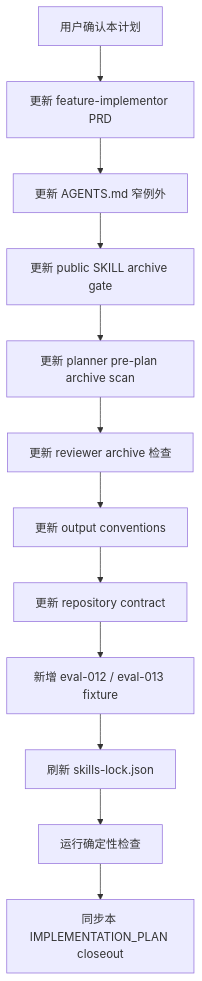
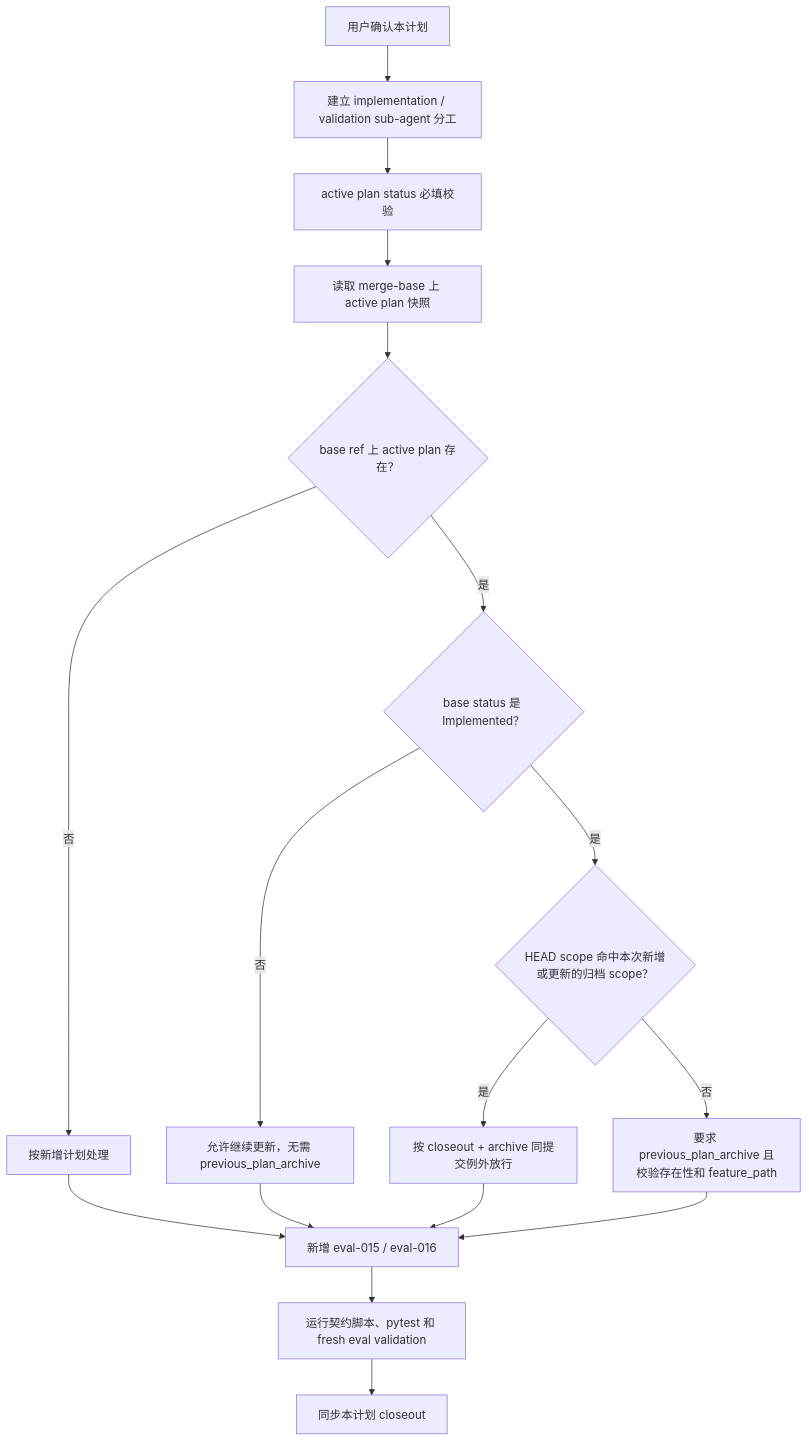
The diagram in docs/engineer/agents/engineer-agent/skills/feature-implementor/implementation-plan-archive-gate/IMPLEMENTATION_PLAN.md (Neplich/dev-agent-skills), drawn with Mermaid before and after one commit. The commit also changed other lines of this file and 2 other files, not shown here.

First line of the commit message:
docs: 起草实施计划归档门禁的 status 触发修正方案

````diff
--- a/docs/engineer/agents/engineer-agent/skills/feature-implementor/implementation-plan-archive-gate/IMPLEMENTATION_PLAN.md
+++ b/docs/engineer/agents/engineer-agent/skills/feature-implementor/implementation-plan-archive-gate/IMPLEMENTATION_PLAN.md
@@ -79,14 +90,19 @@
 ```mermaid
 flowchart TD
-    Start["用户确认本计划"] --> ParentPRD["更新 feature-implementor PRD"]
-    ParentPRD --> Agents["更新 AGENTS.md 窄例外"]
-    Agents --> Skill["更新 public SKILL archive gate"]
-    Skill --> Planner["更新 planner pre-plan archive scan"]
-    Planner --> Reviewer["更新 reviewer archive 检查"]
-    Reviewer --> Output["更新 output conventions"]
-    Output --> Contract["更新 repository contract"]
-    Contract --> Evals["新增 eval-012 / eval-013 fixture"]
-    Evals --> Lock["刷新 skills-lock.json"]
-    Lock --> Checks["运行确定性检查"]
-    Checks --> Closeout["同步本 IMPLEMENTATION_PLAN closeout"]
+    Confirm["用户确认本计划"] --> Split["建立 implementation / validation sub-agent 分工"]
+    Split --> Metadata["active plan status 必填校验"]
+    Metadata --> BaseRef["读取 merge-base 上 active plan 快照"]
+    BaseRef --> Exists{"base ref 上 active plan 存在？"}
+    Exists -->|否| NewPlan["按新增计划处理"]
+    Exists -->|是| BaseStatus{"base status 是 Implemented？"}
+    BaseStatus -->|否| Continue["允许继续更新，无需 previous_plan_archive"]
+    BaseStatus -->|是| Closeout{"HEAD scope 命中本次新增或更新的归档 scope？"}
+    Closeout -->|是| ArchiveException["按 closeout + archive 同提交例外放行"]
+    Closeout -->|否| Link["要求 previous_plan_archive 且校验存在性和 feature_path"]
+    NewPlan --> Evals["新增 eval-015 / eval-016"]
+    Continue --> Evals
+    ArchiveException --> Evals
+    Link --> Evals
+    Evals --> Checks["运行契约脚本、pytest 和 fresh eval validation"]
+    Checks --> CloseoutPlan["同步本计划 closeout"]
 ```
````
